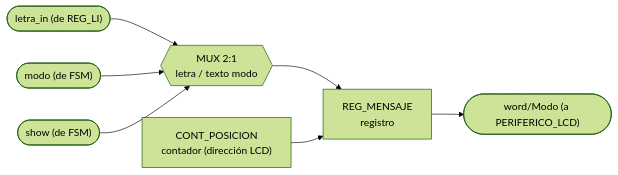
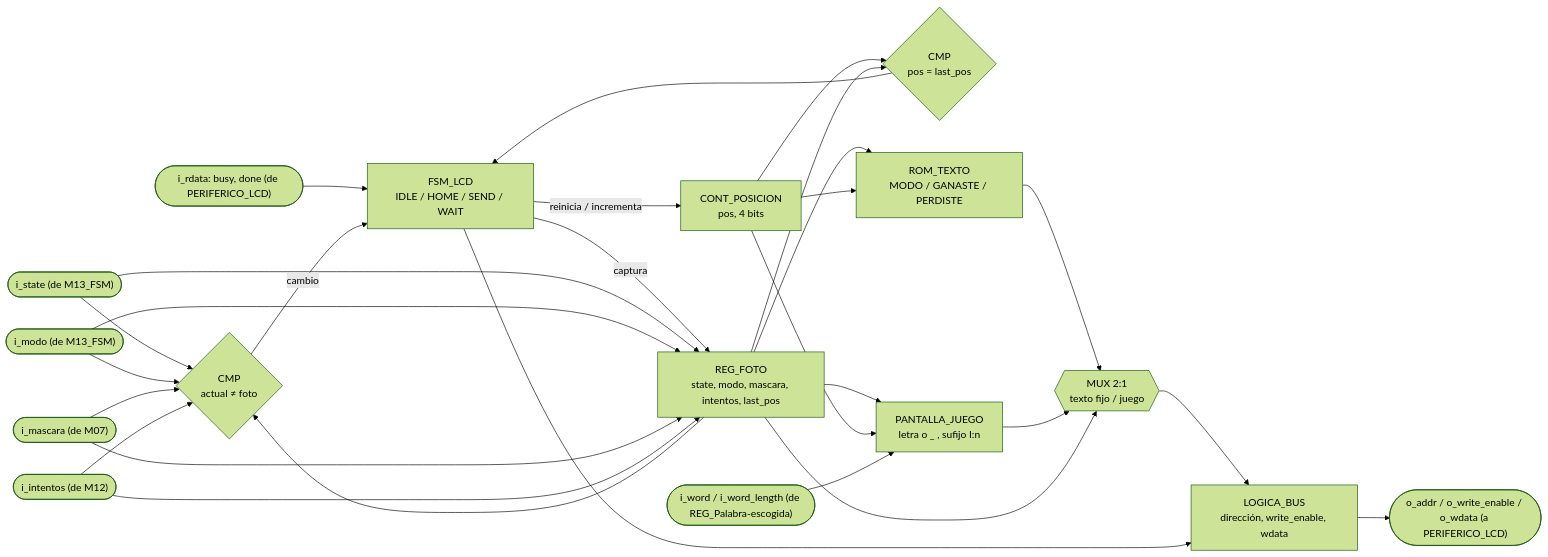
One commit to Taller-de-diseno-digital-GR01/Proyecto-2-Ahorcado changed diagram 24 of 44 in docs/diseño/diseño.md. Above: the diagram before and after it, drawn with Mermaid (forest theme). The commit also changed other lines of this file and 7 other files, not shown here.

````diff
--- a/docs/diseño/diseño.md
+++ b/docs/diseño/diseño.md
@@ -1889,9 +2165,30 @@
 ```mermaid
 flowchart LR
-    IN_LETRA(["letra_in (de REG_LI)"]) --> MUX1{{"MUX 2:1<br/>letra / texto modo"}}
-    IN_MODO(["modo (de FSM)"]) --> MUX1
-    IN_SHOW(["show (de FSM)"]) --> MUX1
-    MUX1 --> REG_MSG["REG_MENSAJE<br/>registro"]
-    CNT_POS["CONT_POSICION<br/>contador (dirección LCD)"] --> REG_MSG
-    REG_MSG --> OUT_LCD(["word/Modo (a PERIFERICO_LCD)"])
+    IN_STATE(["i_state (de M13_FSM)"]) --> CMP_CAMBIO{"CMP<br/>actual ≠ foto"}
+    IN_MODO(["i_modo (de M13_FSM)"]) --> CMP_CAMBIO
+    IN_MASC(["i_mascara (de M07)"]) --> CMP_CAMBIO
+    IN_INT(["i_intentos (de M12)"]) --> CMP_CAMBIO
+    IN_RD(["i_rdata: busy, done (de PERIFERICO_LCD)"]) --> FSM_LCD
+    CMP_CAMBIO -->|cambio| FSM_LCD["FSM_LCD<br/>IDLE / HOME / SEND / WAIT"]
+    FSM_LCD -->|"captura"| REG_FOTO["REG_FOTO<br/>state, modo, mascara, intentos, last_pos"]
+    IN_STATE --> REG_FOTO
+    IN_MODO --> REG_FOTO
+    IN_MASC --> REG_FOTO
+    IN_INT --> REG_FOTO
+    REG_FOTO --> CMP_CAMBIO
+    FSM_LCD -->|"reinicia / incrementa"| CNT_POS["CONT_POSICION<br/>pos, 4 bits"]
+    CNT_POS --> CMP_FIN{"CMP<br/>pos = last_pos"}
+    REG_FOTO --> CMP_FIN
+    CMP_FIN --> FSM_LCD
+    REG_FOTO --> ROM_TXT["ROM_TEXTO<br/>MODO / GANASTE / PERDISTE"]
+    CNT_POS --> ROM_TXT
+    REG_FOTO --> GEN_JUEGO["PANTALLA_JUEGO<br/>letra o _ , sufijo I:n"]
+    CNT_POS --> GEN_JUEGO
+    IN_WORD(["i_word / i_word_length (de REG_Palabra-escogida)"]) --> GEN_JUEGO
+    ROM_TXT --> MUX1{{"MUX 2:1<br/>texto fijo / juego"}}
+    GEN_JUEGO --> MUX1
+    REG_FOTO --> MUX1
+    MUX1 --> BUS_OUT["LOGICA_BUS<br/>dirección, write_enable, wdata"]
+    FSM_LCD --> BUS_OUT
+    BUS_OUT --> OUT_LCD(["o_addr / o_write_enable / o_wdata (a PERIFERICO_LCD)"])
 ```
````
